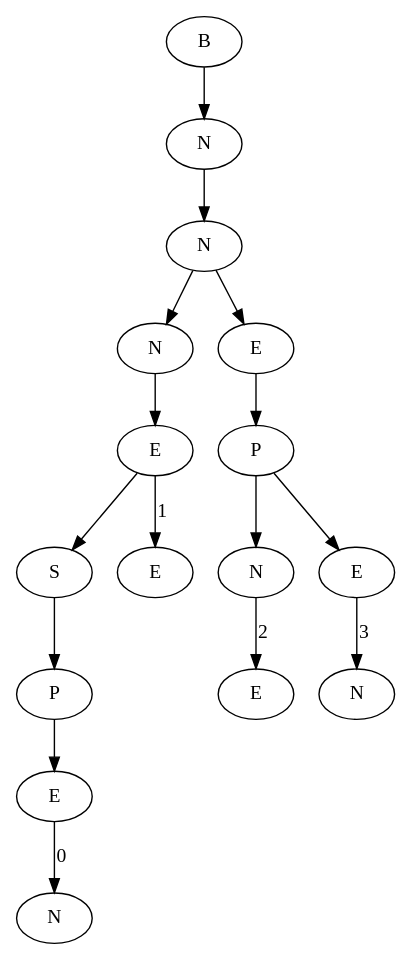
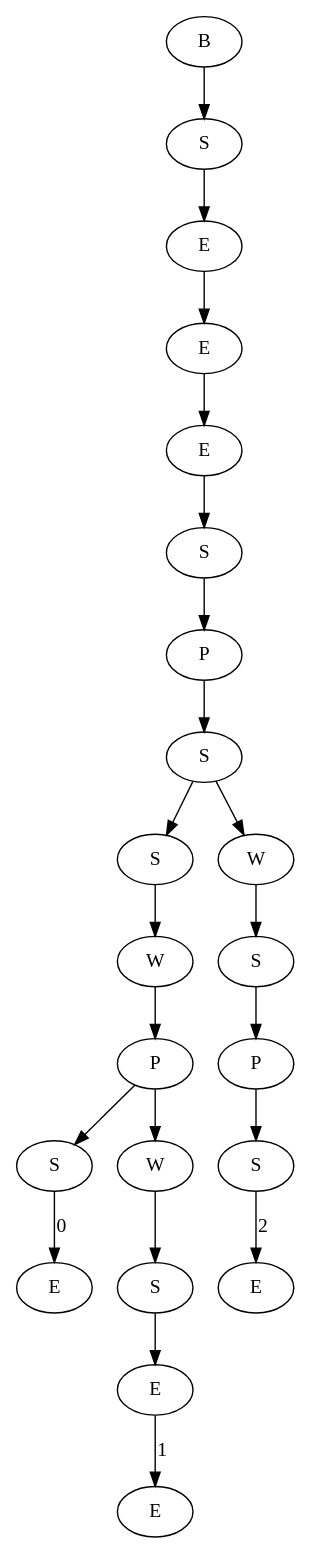
The diagram in Tom and Jerry/viz.dot (Iliyan0411/Data-Structures), drawn with Graphviz before and after one commit. The commit also changed 9 other files, not shown here.

```diff
--- a/Tom and Jerry/viz.dot
+++ b/Tom and Jerry/viz.dot
@@ -1,33 +1,45 @@
 digraph G{
-8373224[label="N"]
-8373320[label="E"]
-8373320->8373224[label=0];
-8373672[label="P"]
-8373672->8373320;
-8372936[label="S"]
-8372936->8373672;
-8373256[label="E"]
-8373160[label="E"]
-8373160->8372936;
-8373160->8373256[label=1];
-8373064[label="N"]
-8373064->8373160;
-8373384[label="E"]
-8373640[label="N"]
-8373640->8373384[label=2];
-8376560[label="N"]
-8373800[label="E"]
-8373800->8376560[label=3];
-8373480[label="P"]
-8373480->8373640;
-8373480->8373800;
-8373416[label="E"]
-8373416->8373480;
-8373096[label="N"]
-8373096->8373064;
-8373096->8373416;
-8372872[label="N"]
-8372872->8373096;
-8373000[label="B"]
-8373000->8372872;
+15972472[label="E"]
+15972920[label="S"]
+15972920->15972472[label=0];
+15975144[label="E"]
+15974536[label="E"]
+15974536->15975144[label=1];
+15972600[label="S"]
+15972600->15974536;
+15972632[label="W"]
+15972632->15972600;
+15972536[label="P"]
+15972536->15972920;
+15972536->15972632;
+15973112[label="W"]
+15973112->15972536;
+15972792[label="S"]
+15972792->15973112;
+15975304[label="E"]
+15974984[label="S"]
+15974984->15975304[label=2];
+15975112[label="P"]
+15975112->15974984;
+15974728[label="S"]
+15974728->15975112;
+15974920[label="W"]
+15974920->15974728;
+15972504[label="S"]
+15972504->15972792;
+15972504->15974920;
+15973208[label="P"]
+15973208->15972504;
+15973368[label="S"]
+15973368->15973208;
+15973304[label="E"]
+15973304->15973368;
+15973432[label="E"]
+15973432->15973304;
+15972824[label="E"]
+15972824->15973432;
+15972728[label="S"]
+15972728->15972824;
+15972696[label="B"]
+15972696->15972728;
 }
```
